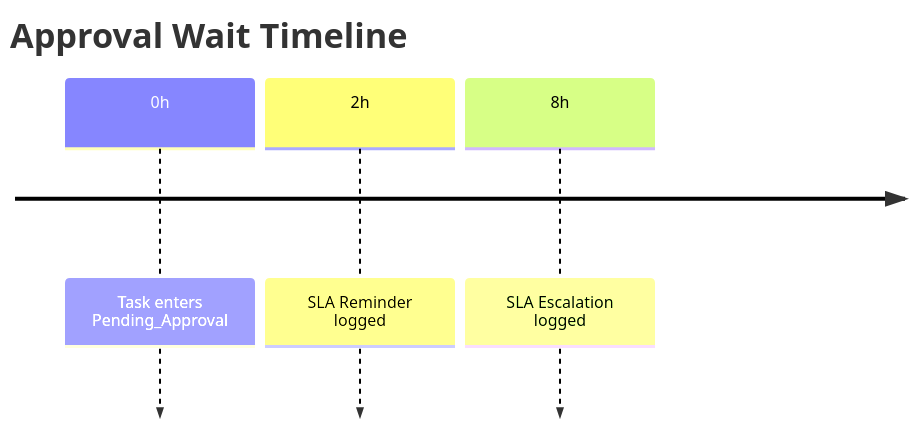
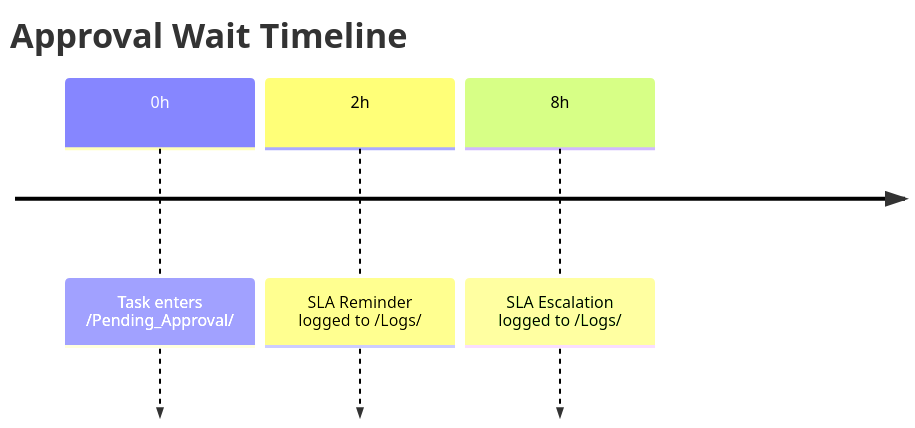
Before and after one commit to Ub207/AI_Employee_Vault: the second of 2 diagrams in Docs/SLA_and_Priority_Model.md, drawn with Mermaid. The commit also changed other lines of this file and 6 other files, not shown here.

````diff
--- a/Docs/SLA_and_Priority_Model.md
+++ b/Docs/SLA_and_Priority_Model.md
@@ -109,7 +133,7 @@
 ```mermaid
 timeline
     title Approval Wait Timeline
-    0h : Task enters Pending_Approval
-    2h : SLA Reminder logged
-    8h : SLA Escalation logged
+    0h : Task enters /Pending_Approval/
+    2h : SLA Reminder logged to /Logs/
+    8h : SLA Escalation logged to /Logs/
 ```
````
